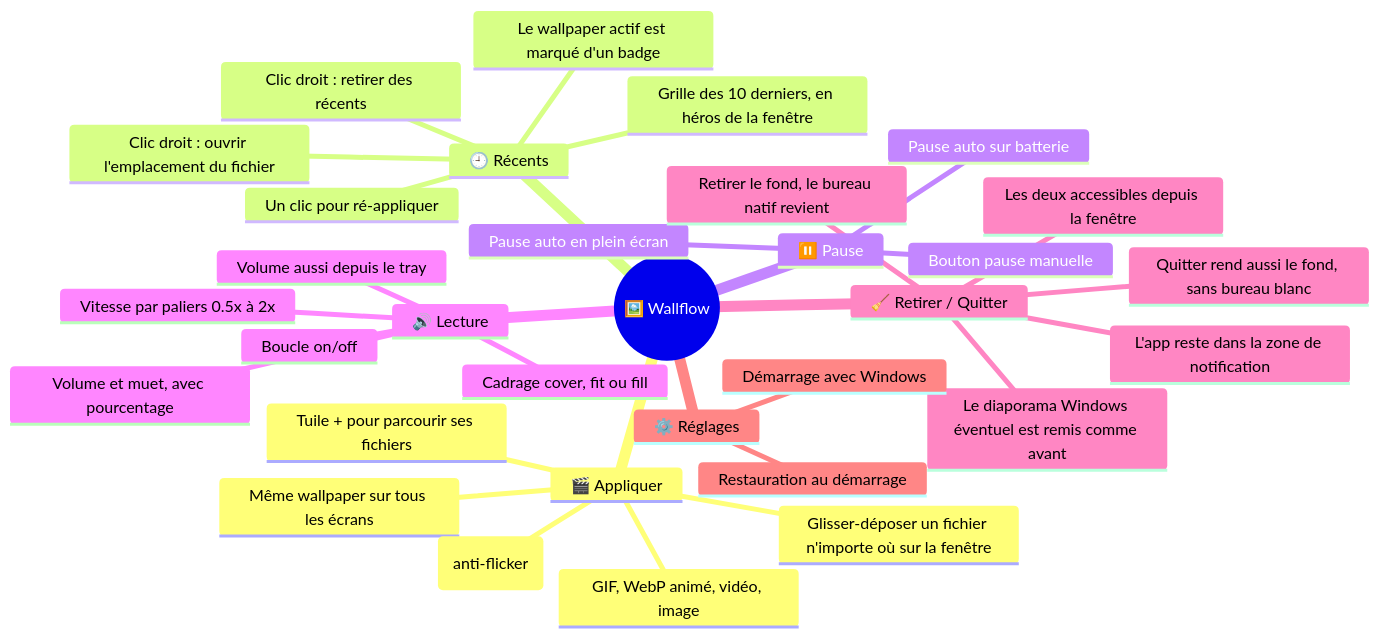
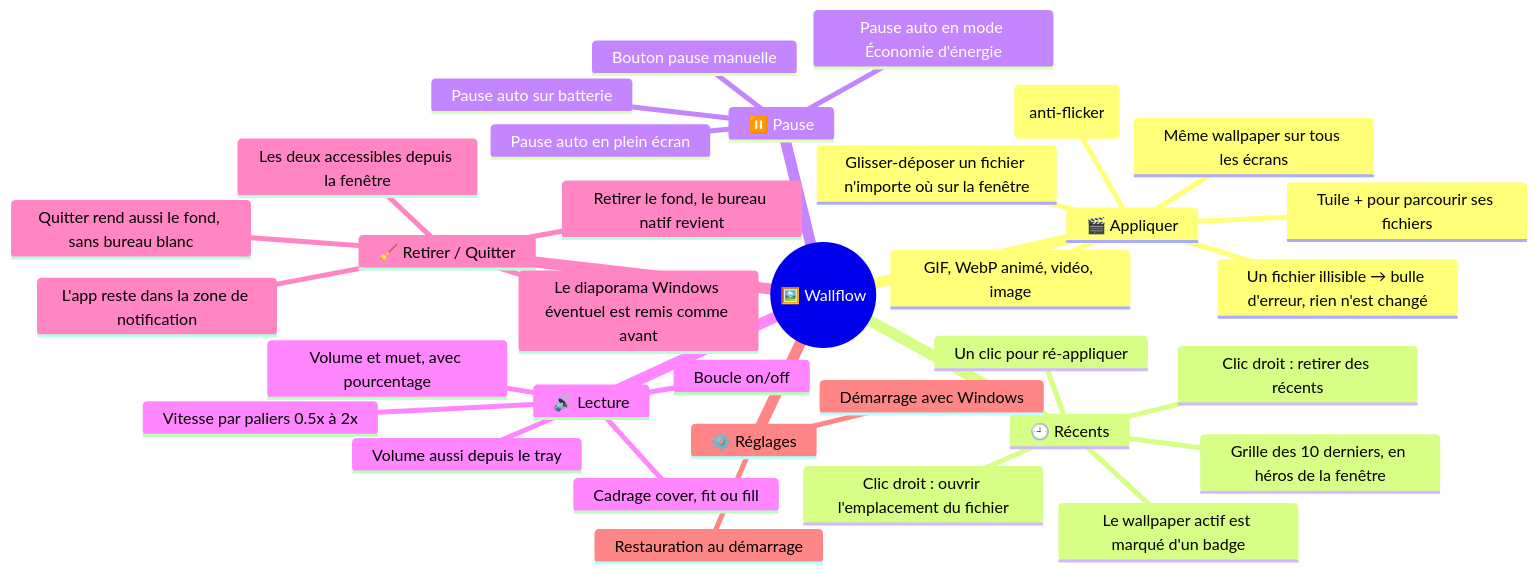
One commit to KevinT78/wallflow changed the first of 4 diagrams in docs/VUE-PRODUIT.md. Above: the diagram before and after it, drawn with Mermaid. The commit also changed other lines of this file and 2 other files, not shown here.

````diff
--- a/docs/VUE-PRODUIT.md
+++ b/docs/VUE-PRODUIT.md
@@ -22,35 +22,37 @@
 ```mermaid
 mindmap
   root((🖼️ Wallflow))
     🎬 Appliquer
       Glisser-déposer un fichier n'importe où sur la fenêtre
       Tuile + pour parcourir ses fichiers
       GIF, WebP animé, vidéo, image
       Même wallpaper sur tous les écrans
       Coupe le diaporama Windows le temps de l'affichage (anti-flicker)
+      Un fichier illisible → bulle d'erreur, rien n'est changé
     🕘 Récents
       Grille des 10 derniers, en héros de la fenêtre
       Un clic pour ré-appliquer
       Le wallpaper actif est marqué d'un badge
       Clic droit : retirer des récents
       Clic droit : ouvrir l'emplacement du fichier
     ⏸️ Pause
       Bouton pause manuelle
       Pause auto en plein écran
       Pause auto sur batterie
+      Pause auto en mode Économie d'énergie
     🔊 Lecture
       Volume et muet, avec pourcentage
       Cadrage cover, fit ou fill
       Boucle on/off
       Vitesse par paliers 0.5x à 2x
       Volume aussi depuis le tray
     🧹 Retirer / Quitter
       Retirer le fond, le bureau natif revient
       Le diaporama Windows éventuel est remis comme avant
       L'app reste dans la zone de notification
       Quitter rend aussi le fond, sans bureau blanc
       Les deux accessibles depuis la fenêtre
     ⚙️ Réglages
       Démarrage avec Windows
       Restauration au démarrage
 ```
````
